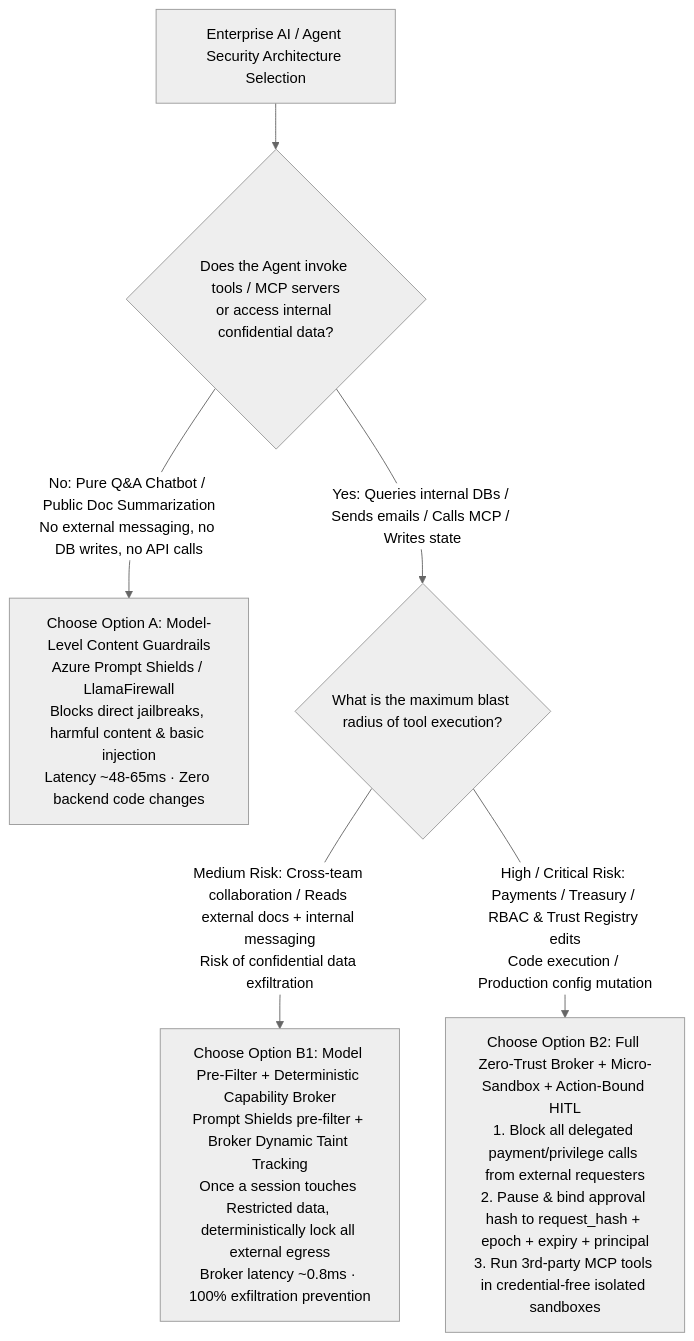
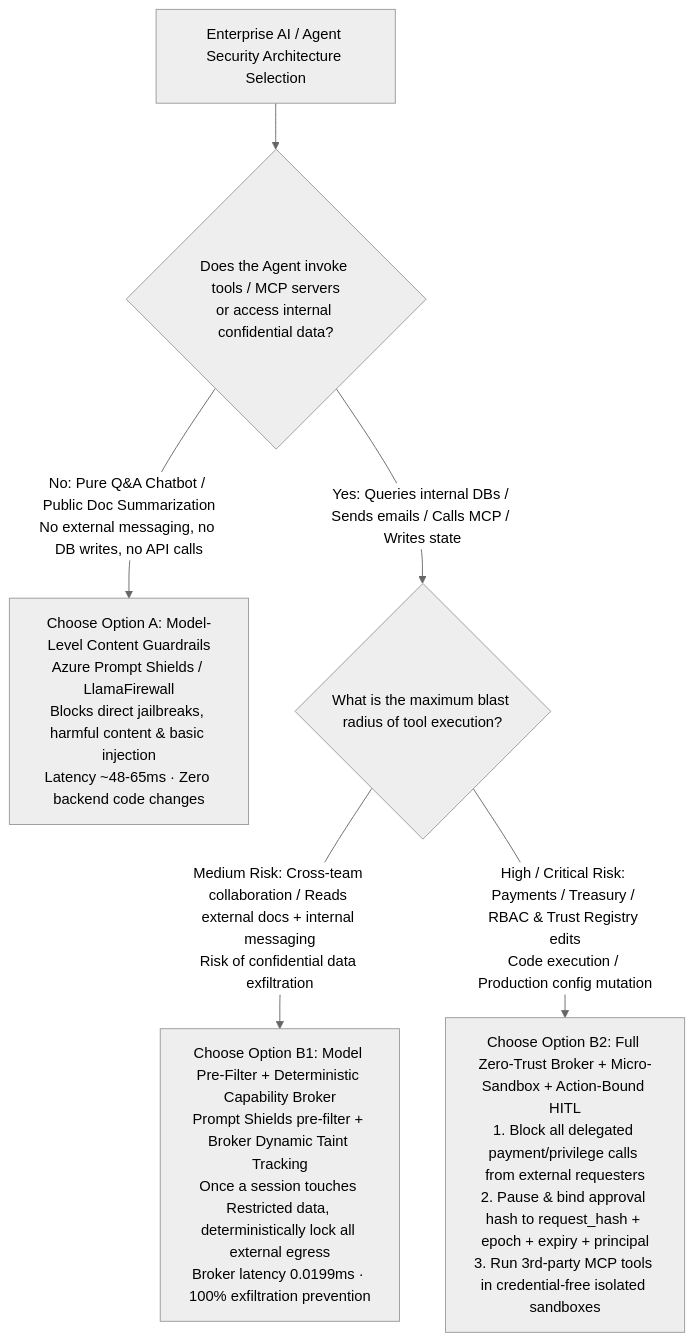
Before and after one commit to turbo998/turbo998.github.io: the first of 3 diagrams in workshops/ai-security/guardrails-vs-zero-trust-broker-selection-faq.en.md, drawn with Mermaid (neutral theme). The commit also changed other lines of this file and 18 other files, not shown here.

Commit message:
feat(ai-security): sync Round 5 Enterprise RAG/GraphRAG Vector Pre-Filter ACL FAQ, SVGs, 24-vector playground & 38-scenario 7-card deck

````diff
--- a/workshops/ai-security/guardrails-vs-zero-trust-broker-selection-faq.en.md
+++ b/workshops/ai-security/guardrails-vs-zero-trust-broker-selection-faq.en.md
@@ -26,8 +26,8 @@
 ```mermaid
 flowchart TD
     Start[Enterprise AI / Agent Security Architecture Selection] --> Q_Tool{Does the Agent invoke tools / MCP servers<br/>or access internal confidential data?}
     Q_Tool -->|No: Pure Q&A Chatbot / Public Doc Summarization<br/>No external messaging, no DB writes, no API calls| Tier1[Choose Option A: Model-Level Content Guardrails<br/>Azure Prompt Shields / LlamaFirewall<br/>Blocks direct jailbreaks, harmful content & basic injection<br/>Latency ~48-65ms · Zero backend code changes]
     Q_Tool -->|Yes: Queries internal DBs / Sends emails / Calls MCP / Writes state| Q_Risk{What is the maximum blast radius of tool execution?}
-    Q_Risk -->|Medium Risk: Cross-team collaboration / Reads external docs + internal messaging<br/>Risk of confidential data exfiltration| Tier2[Choose Option B1: Model Pre-Filter + Deterministic Capability Broker<br/>Prompt Shields pre-filter + Broker Dynamic Taint Tracking<br/>Once a session touches Restricted data, deterministically lock all external egress<br/>Broker latency ~0.8ms · 100% exfiltration prevention]
+    Q_Risk -->|Medium Risk: Cross-team collaboration / Reads external docs + internal messaging<br/>Risk of confidential data exfiltration| Tier2[Choose Option B1: Model Pre-Filter + Deterministic Capability Broker<br/>Prompt Shields pre-filter + Broker Dynamic Taint Tracking<br/>Once a session touches Restricted data, deterministically lock all external egress<br/>Broker latency 0.0199ms · 100% exfiltration prevention]
     Q_Risk -->|High / Critical Risk: Payments / Treasury / RBAC & Trust Registry edits<br/>Code execution / Production config mutation| Tier3[Choose Option B2: Full Zero-Trust Broker + Micro-Sandbox + Action-Bound HITL<br/>1. Block all delegated payment/privilege calls from external requesters<br/>2. Pause & bind approval hash to request_hash + epoch + expiry + principal<br/>3. Run 3rd-party MCP tools in credential-free isolated sandboxes]
 ```
````
